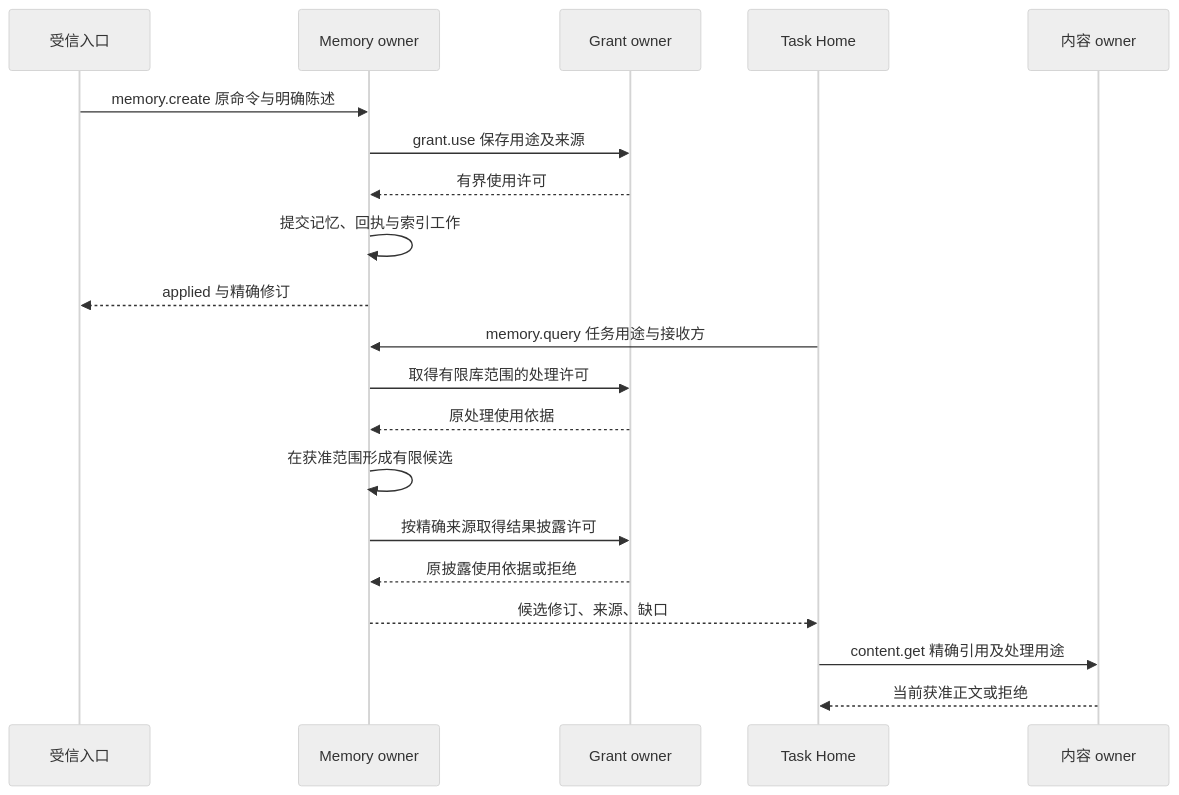
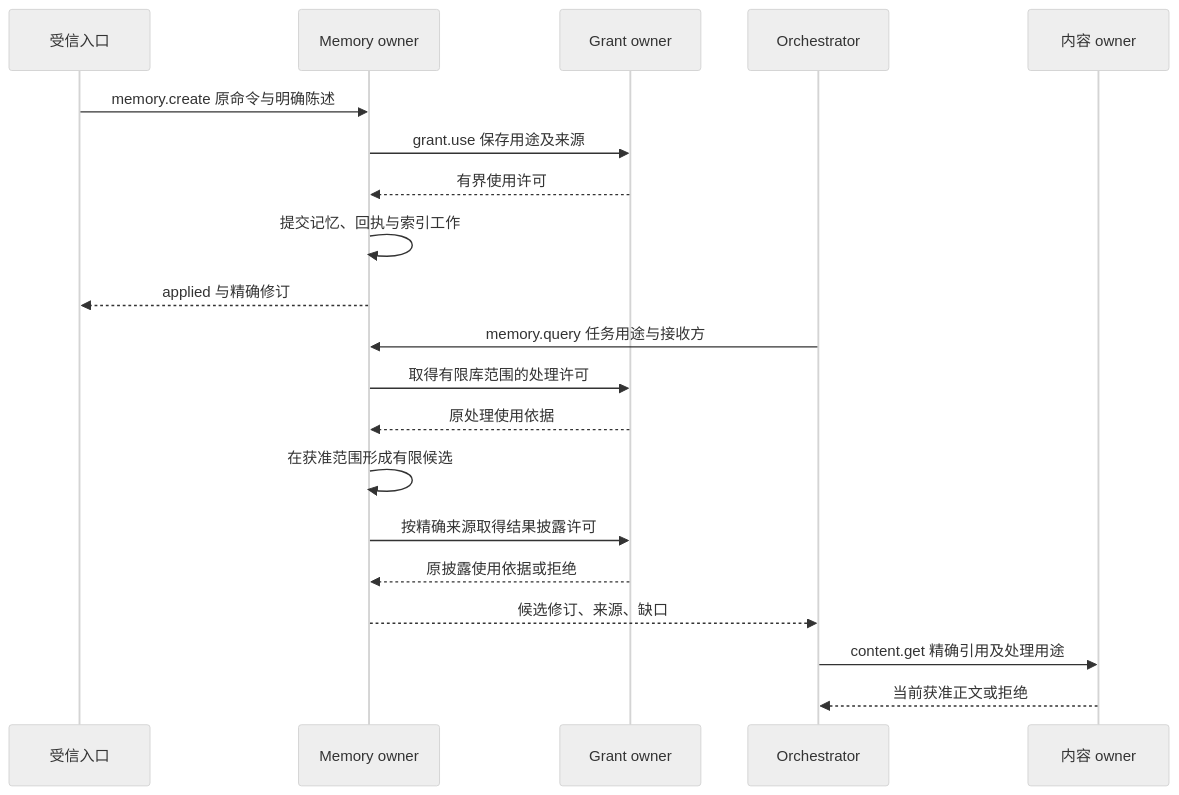
Before and after one commit to ruipengliu/lerna: the second of 3 diagrams in docs/architecture/memory/README.md, drawn with Mermaid (neutral theme). The commit also changed other lines of this file and 174 other files, not shown here.

Commit message:
docs: rename task runtime to orchestrator

````diff
--- a/docs/architecture/memory/README.md
+++ b/docs/architecture/memory/README.md
@@ -59,22 +59,22 @@
 ```mermaid
 sequenceDiagram
     participant U as 受信入口
     participant M as Memory owner
     participant A as Grant owner
-    participant H as Task Home
+    participant H as Orchestrator
     participant C as 内容 owner
     U->>M: memory.create 原命令与明确陈述
     M->>A: grant.use 保存用途及来源
     A-->>M: 有界使用许可
     M->>M: 提交记忆、回执与索引工作
     M-->>U: applied 与精确修订
     H->>M: memory.query 任务用途与接收方
     M->>A: 取得有限库范围的处理许可
     A-->>M: 原处理使用依据
     M->>M: 在获准范围形成有限候选
     M->>A: 按精确来源取得结果披露许可
     A-->>M: 原披露使用依据或拒绝
     M-->>H: 候选修订、来源、缺口
     H->>C: content.get 精确引用及处理用途
     C-->>H: 当前获准正文或拒绝
 ```
````
